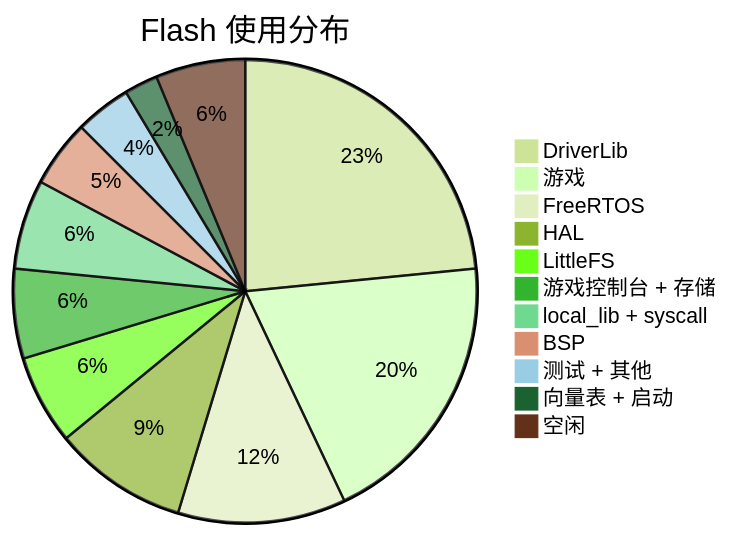
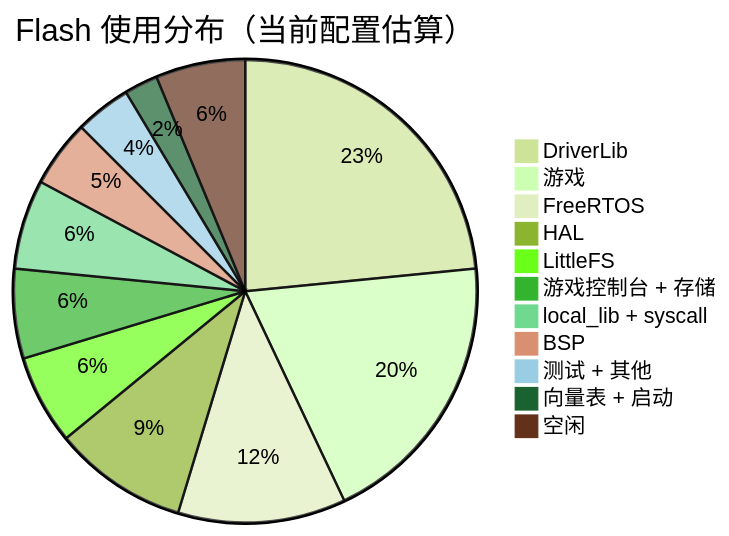
The diagram in docs/zh/12_memory_layout.md (OohShuo/mspm0g3507_framework), drawn with Mermaid (forest theme) before and after one commit. The commit also changed other lines of this file and 22 other files, not shown here.

````diff
--- a/docs/zh/12_memory_layout.md
+++ b/docs/zh/12_memory_layout.md
@@ -16,14 +18,14 @@
 ```mermaid
-pie title Flash 使用分布
+pie title Flash 使用分布（当前配置估算）
     "DriverLib" : 30
     "游戏" : 25
     "FreeRTOS" : 15
     "HAL" : 12
     "LittleFS" : 8
     "游戏控制台 + 存储" : 8
     "local_lib + syscall" : 8
     "BSP" : 6
     "测试 + 其他" : 5
     "向量表 + 启动" : 3
     "空闲" : 8
 ```
````
